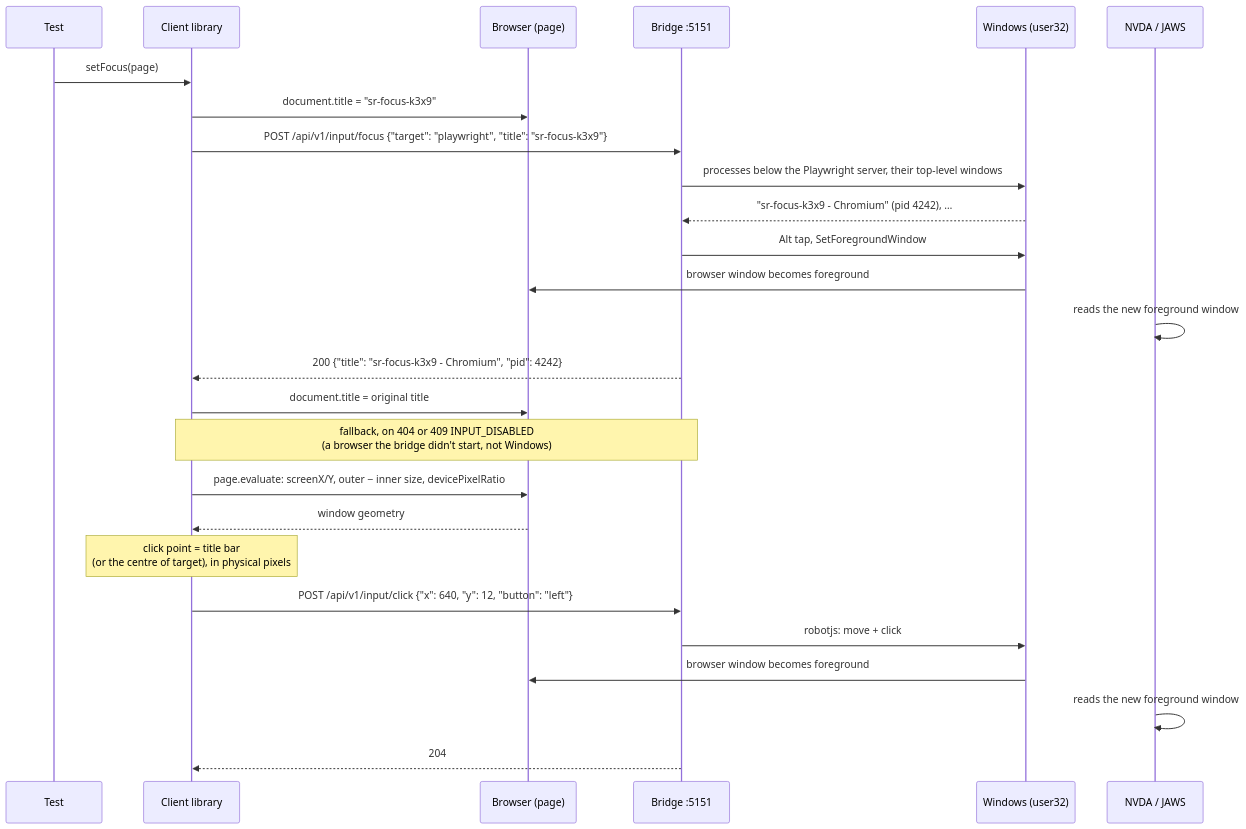
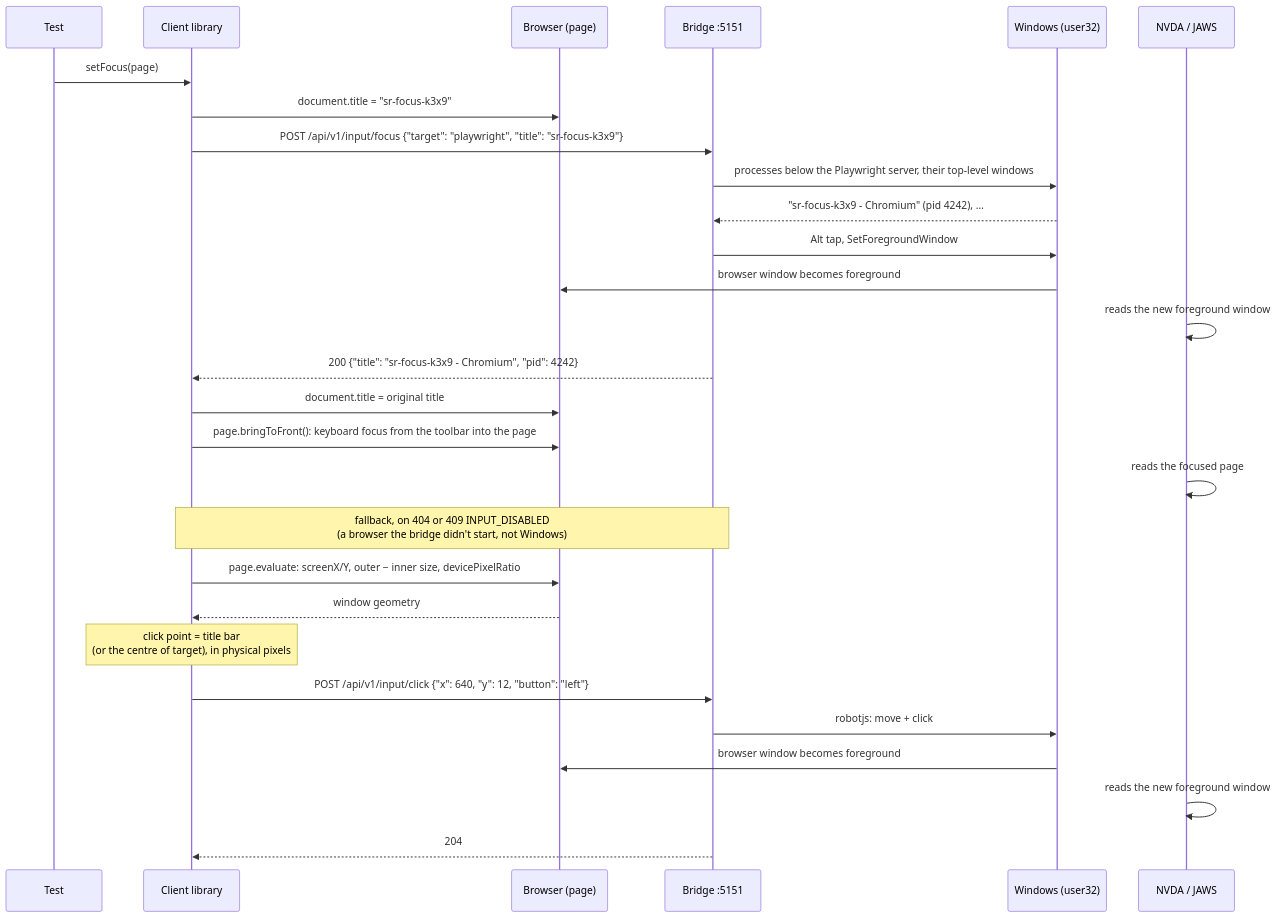
The second of 5 diagrams in docs/usage/flows/native-input.md (TimoSto/screenreader-speech-capture), drawn with Mermaid before and after one commit. The commit also changed other lines of this file and 9 other files, not shown here.

First line of the commit message:
fix(client): move the keyboard focus into the page after bringing the browser to the front (#234)

````diff
--- a/docs/usage/flows/native-input.md
+++ b/docs/usage/flows/native-input.md
@@ -44,29 +45,31 @@
 ```mermaid
 sequenceDiagram
     participant T as Test
     participant C as Client library
     participant Br as Browser (page)
     participant B as Bridge :5151
     participant OS as Windows (user32)
     participant SR as NVDA / JAWS
 
     T->>C: setFocus(page)
     C->>Br: document.title = "sr-focus-k3x9"
     C->>B: POST /api/v1/input/focus {"target": "playwright", "title": "sr-focus-k3x9"}
     B->>OS: processes below the Playwright server, their top-level windows
     OS-->>B: "sr-focus-k3x9 - Chromium" (pid 4242), …
     B->>OS: Alt tap, SetForegroundWindow
     OS->>Br: browser window becomes foreground
     SR->>SR: reads the new foreground window
     B-->>C: 200 {"title": "sr-focus-k3x9 - Chromium", "pid": 4242}
     C->>Br: document.title = original title
+    C->>Br: page.bringToFront(): keyboard focus from the toolbar into the page
+    SR->>SR: reads the focused page
     Note over C,B: fallback, on 404 or 409 INPUT_DISABLED<br/>(a browser the bridge didn't start, not Windows)
     C->>Br: page.evaluate: screenX/Y, outer − inner size, devicePixelRatio
     Br-->>C: window geometry
     Note over C: click point = title bar<br/>(or the centre of target), in physical pixels
     C->>B: POST /api/v1/input/click {"x": 640, "y": 12, "button": "left"}
     B->>OS: robotjs: move + click
     OS->>Br: browser window becomes foreground
     SR->>SR: reads the new foreground window
     B-->>C: 204
 ```
````
